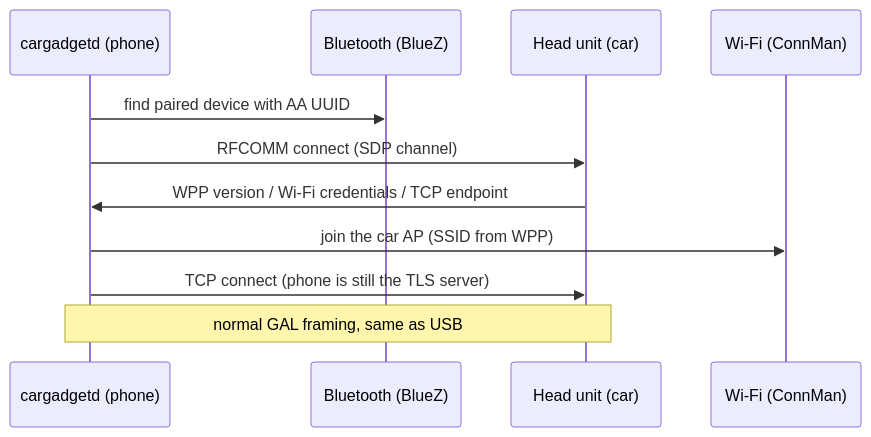
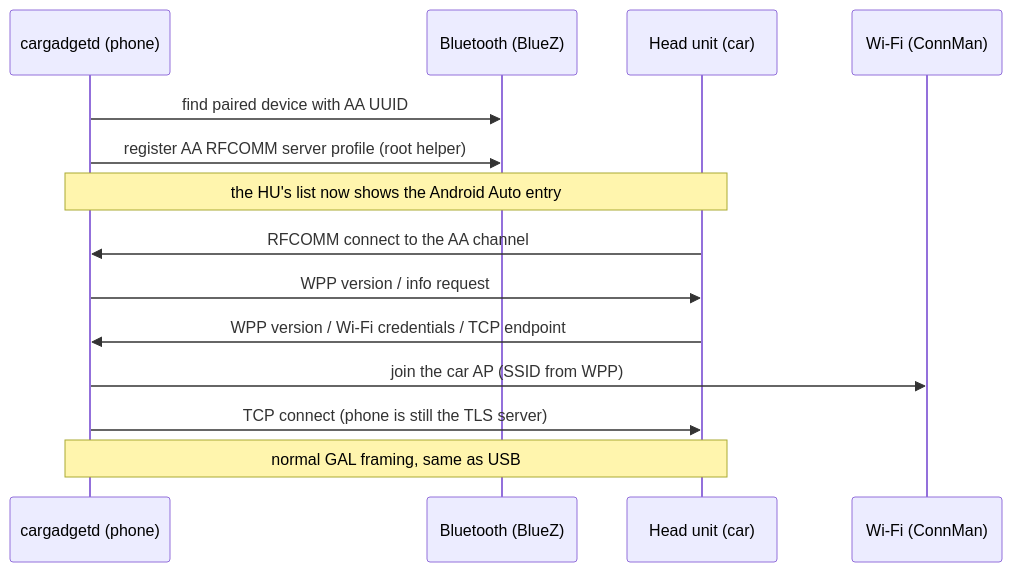
The diagram in WIRELESS.md (zx97/cargadgetd), drawn with Mermaid before and after one commit. The commit also changed other lines of this file and 4 other files, not shown here.

First line of the commit message:
wireless: advertise Android Auto in SDP and keep the adapter discoverable

````diff
--- a/WIRELESS.md
+++ b/WIRELESS.md
@@ -9,13 +9,16 @@
 ```mermaid
 sequenceDiagram
     participant MD as cargadgetd (phone)
     participant BT as Bluetooth (BlueZ)
     participant HU as Head unit (car)
     participant WiFi as Wi-Fi (ConnMan)
     MD->>BT: find paired device with AA UUID
-    MD->>HU: RFCOMM connect (SDP channel)
+    MD->>BT: register AA RFCOMM server profile (root helper)
+    Note over HU,MD: the HU's list now shows the Android Auto entry
+    HU->>MD: RFCOMM connect to the AA channel
+    MD->>HU: WPP version / info request
     HU->>MD: WPP version / Wi-Fi credentials / TCP endpoint
     MD->>WiFi: join the car AP (SSID from WPP)
     MD->>HU: TCP connect (phone is still the TLS server)
     Note over MD,HU: normal GAL framing, same as USB
 ```
````
